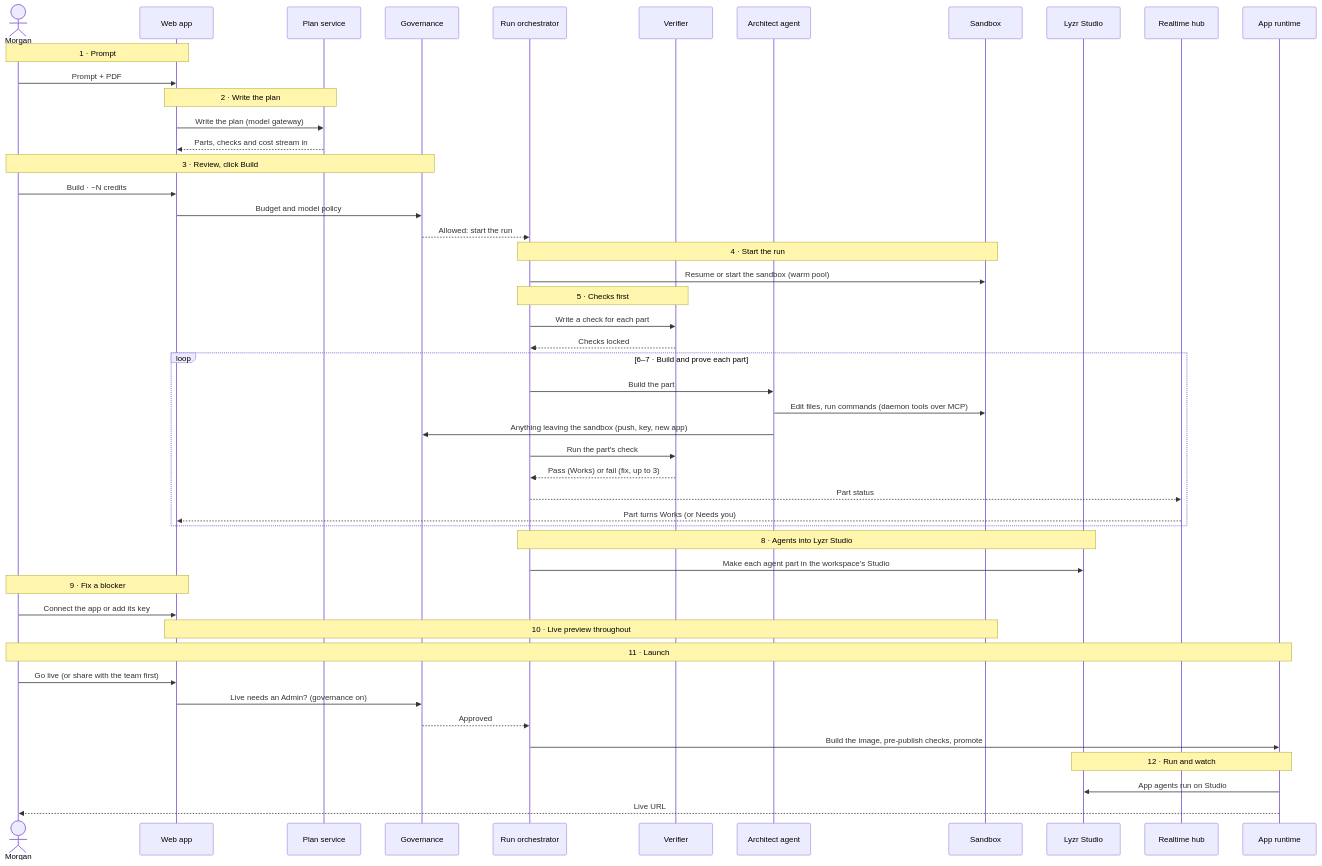
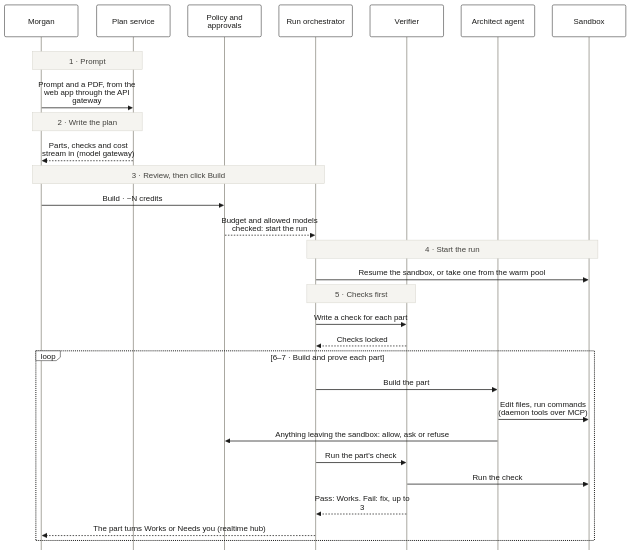
One commit to netanyaj/architect-2 changed the diagram in docs/product/diagrams/src/A2-prompt-to-live.mmd. Above: the diagram before and after it, drawn with Mermaid. The commit also changed 64 other files, not shown here.

```diff
--- a/docs/product/diagrams/src/A2-prompt-to-live.mmd
+++ b/docs/product/diagrams/src/A2-prompt-to-live.mmd
@@ -1,48 +1,33 @@
+%%{init: {"theme":"base","themeVariables":{"fontFamily":"Arial","fontSize":"15px","primaryColor":"#FFFFFF","primaryBorderColor":"#1A1A19","primaryTextColor":"#1A1A19","lineColor":"#1A1A19","secondaryColor":"#FFFFFF","tertiaryColor":"#FFFFFF","clusterBkg":"#F5F4F0","clusterBorder":"#D6D4CC","edgeLabelBackground":"#FFFFFF","actorBkg":"#FFFFFF","actorBorder":"#1A1A19","actorTextColor":"#1A1A19","actorLineColor":"#A8A69F","signalColor":"#1A1A19","signalTextColor":"#1A1A19","noteBkgColor":"#F5F4F0","noteBorderColor":"#D6D4CC","noteTextColor":"#42413D","labelBoxBkgColor":"#FFFFFF","labelBoxBorderColor":"#1A1A19","labelTextColor":"#1A1A19","loopTextColor":"#1A1A19","activationBkgColor":"#F5F4F0","activationBorderColor":"#1A1A19","sequenceNumberColor":"#FFFFFF"},"sequence":{"mirrorActors":false,"actorMargin":36,"wrap":true,"width":150}}}%%
 sequenceDiagram
-  actor M as Morgan
-  participant UI as Web app
+  participant M as Morgan
   participant PL as Plan service
-  participant G as Governance
+  participant PA as Policy and approvals
   participant OR as Run orchestrator
   participant V as Verifier
   participant AA as Architect agent
   participant SB as Sandbox
-  participant LS as Lyzr Studio
-  participant RT as Realtime hub
-  participant RUN as App runtime
-  Note over M,UI: 1 · Prompt
-  M->>UI: Prompt + PDF
-  Note over UI,PL: 2 · Write the plan
-  UI->>PL: Write the plan (model gateway)
-  PL-->>UI: Parts, checks and cost stream in
-  Note over M,G: 3 · Review, click Build
-  M->>UI: Build · ~N credits
-  UI->>G: Budget and model policy
-  G-->>OR: Allowed: start the run
-  Note over OR,SB: 4 · Start the run
-  OR->>SB: Resume or start the sandbox (warm pool)
-  Note over OR,V: 5 · Checks first
-  OR->>V: Write a check for each part
-  V-->>OR: Checks locked
-  loop 6–7 · Build and prove each part
-    OR->>AA: Build the part
-    AA->>SB: Edit files, run commands (daemon tools over MCP)
-    AA->>G: Anything leaving the sandbox (push, key, new app)
-    OR->>V: Run the part's check
-    V-->>OR: Pass (Works) or fail (fix, up to 3)
-    OR-->>RT: Part status
-    RT-->>UI: Part turns Works (or Needs you)
+  %% A white card, so ink lines read on GitHub's dark theme too
+  rect rgb(255, 255, 255)
+    Note over M,PL: 1 · Prompt
+    M->>PL: Prompt and a PDF, from the web app through the API gateway
+    Note over M,PL: 2 · Write the plan
+    PL-->>M: Parts, checks and cost stream in (model gateway)
+    Note over M,OR: 3 · Review, then click Build
+    M->>PA: Build · ~N credits
+    PA-->>OR: Budget and allowed models checked: start the run
+    Note over OR,SB: 4 · Start the run
+    OR->>SB: Resume the sandbox, or take one from the warm pool
+    Note over OR,V: 5 · Checks first
+    OR->>V: Write a check for each part
+    V-->>OR: Checks locked
+    loop 6–7 · Build and prove each part
+      OR->>AA: Build the part
+      AA->>SB: Edit files, run commands (daemon tools over MCP)
+      AA->>PA: Anything leaving the sandbox: allow, ask or refuse
+      OR->>V: Run the part's check
+      V->>SB: Run the check
+      V-->>OR: Pass: Works. Fail: fix, up to 3
+      OR-->>M: The part turns Works or Needs you (realtime hub)
+    end
   end
-  Note over OR,LS: 8 · Agents into Lyzr Studio
-  OR->>LS: Make each agent part in the workspace's Studio
-  Note over M,UI: 9 · Fix a blocker
-  M->>UI: Connect the app or add its key
-  Note over UI,SB: 10 · Live preview throughout
-  Note over M,RUN: 11 · Launch
-  M->>UI: Go live (or share with the team first)
-  UI->>G: Live needs an Admin? (governance on)
-  G-->>OR: Approved
-  OR->>RUN: Build the image, pre-publish checks, promote
-  Note over RUN,LS: 12 · Run and watch
-  RUN->>LS: App agents run on Studio
-  RUN-->>M: Live URL
```
